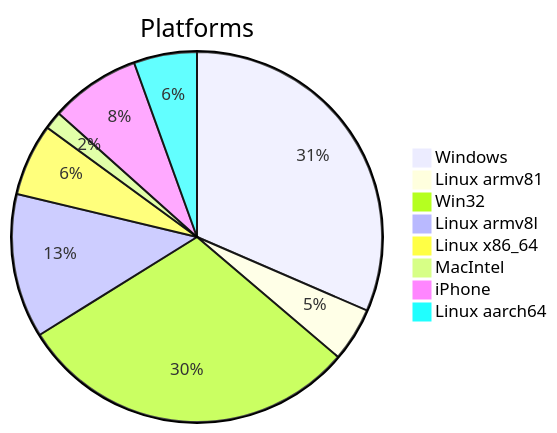
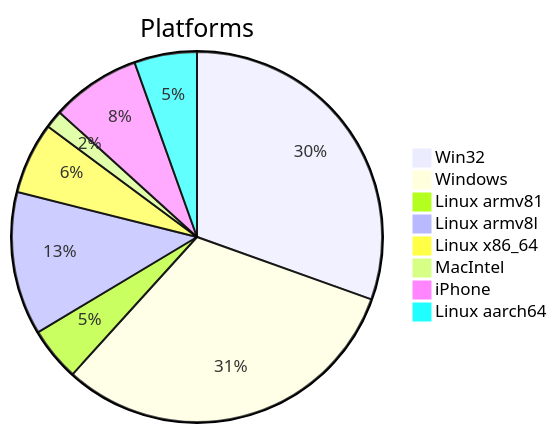
Before and after one commit to Krugou/socials: the first of 2 diagrams in DATA_REPORT.md, drawn with Mermaid. The commit also changed other lines of this file and 2 other files, not shown here.

````diff
--- a/DATA_REPORT.md
+++ b/DATA_REPORT.md
@@ -13,11 +9,11 @@
 ```mermaid
 pie title Platforms
+    "Win32" : 39
     "Windows" : 40
     "Linux armv81" : 6
-    "Win32" : 38
     "Linux armv8l" : 16
     "Linux x86_64" : 8
     "MacIntel" : 2
     "iPhone" : 10
     "Linux aarch64" : 7
 ```
````
